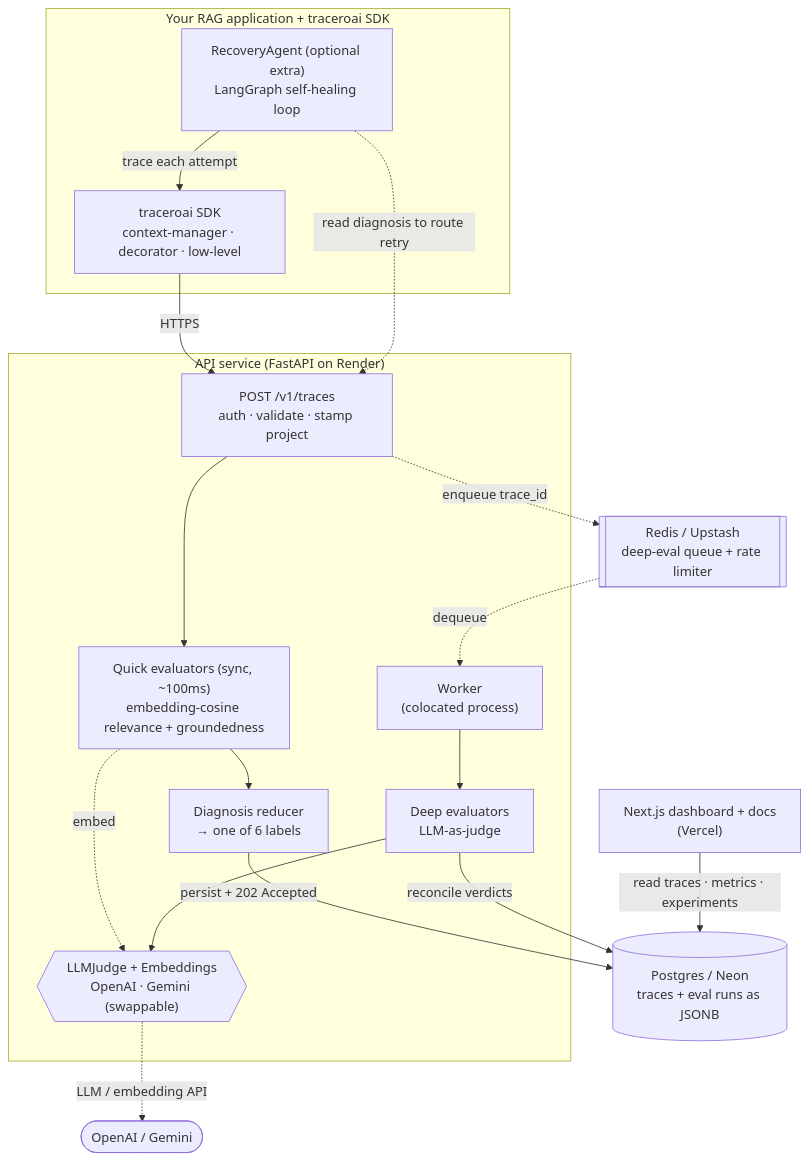
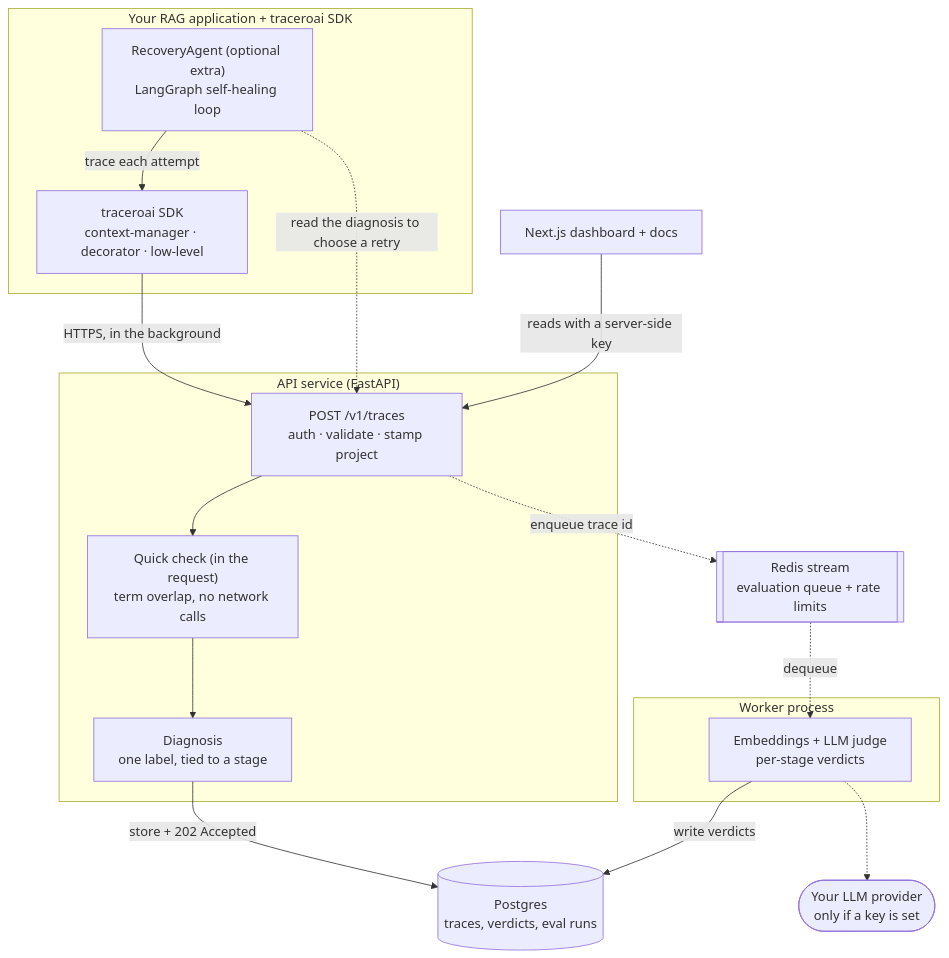
Before and after one commit to chinmai-sd-123/TraceroAI: the diagram in README.md, drawn with Mermaid. The commit also changed other lines of this file and 17 other files, not shown here.

````diff
--- a/README.md
+++ b/README.md
@@ -87,35 +90,35 @@
 ```mermaid
 flowchart TB
     subgraph client["Your RAG application + traceroai SDK"]
         SDK["traceroai SDK<br/>context-manager · decorator · low-level"]
         RECOVERY["RecoveryAgent (optional extra)<br/>LangGraph self-healing loop"]
     end
 
-    subgraph api["API service (FastAPI on Render)"]
+    subgraph api["API service (FastAPI)"]
         INGEST["POST /v1/traces<br/>auth · validate · stamp project"]
-        QUICK["Quick evaluators (sync, ~100ms)<br/>embedding-cosine relevance + groundedness"]
-        DIAG["Diagnosis reducer<br/>→ one of 6 labels"]
-        WORKER["Worker<br/>(colocated process)"]
-        DEEP["Deep evaluators<br/>LLM-as-judge"]
-        JUDGE{{"LLMJudge + Embeddings<br/>OpenAI · Gemini (swappable)"}}
+        QUICK["Quick check (in the request)<br/>term overlap, no network calls"]
+        DIAG["Diagnosis<br/>one label, tied to a stage"]
     end
 
-    PG[("Postgres / Neon<br/>traces + eval runs as JSONB")]
-    REDIS[["Redis / Upstash<br/>deep-eval queue + rate limiter"]]
-    WEB["Next.js dashboard + docs<br/>(Vercel)"]
+    subgraph worker["Worker process"]
+        DEEP["Embeddings + LLM judge<br/>per-stage verdicts"]
+    end
 
-    SDK -->|"HTTPS"| INGEST
+    PG[("Postgres<br/>traces, verdicts, eval runs")]
+    REDIS[["Redis stream<br/>evaluation queue + rate limits"]]
+    WEB["Next.js dashboard + docs"]
+    EXT(["Your LLM provider<br/>only if a key is set"])
+
+    SDK -->|"HTTPS, in the background"| INGEST
     RECOVERY -->|"trace each attempt"| SDK
-    RECOVERY -.->|"read diagnosis to route retry"| INGEST
+    RECOVERY -.->|"read the diagnosis to choose a retry"| INGEST
     INGEST --> QUICK --> DIAG
-    QUICK -.->|"embed"| JUDGE
-    DIAG -->|"persist + 202 Accepted"| PG
-    INGEST -.->|"enqueue trace_id"| REDIS
+    DIAG -->|"store + 202 Accepted"| PG
+    INGEST -.->|"enqueue trace id"| REDIS
 
-    REDIS -.->|"dequeue"| WORKER
-    WORKER --> DEEP --> JUDGE
-    JUDGE -.->|"LLM / embedding API"| EXT(["OpenAI / Gemini"])
-    DEEP -->|"reconcile verdicts"| PG
+    REDIS -.->|"dequeue"| DEEP
+    DEEP -.-> EXT
+    DEEP -->|"write verdicts"| PG
 
-    WEB -->|"read traces · metrics · experiments"| PG
+    WEB -->|"reads with a server-side key"| INGEST
 ```
````
